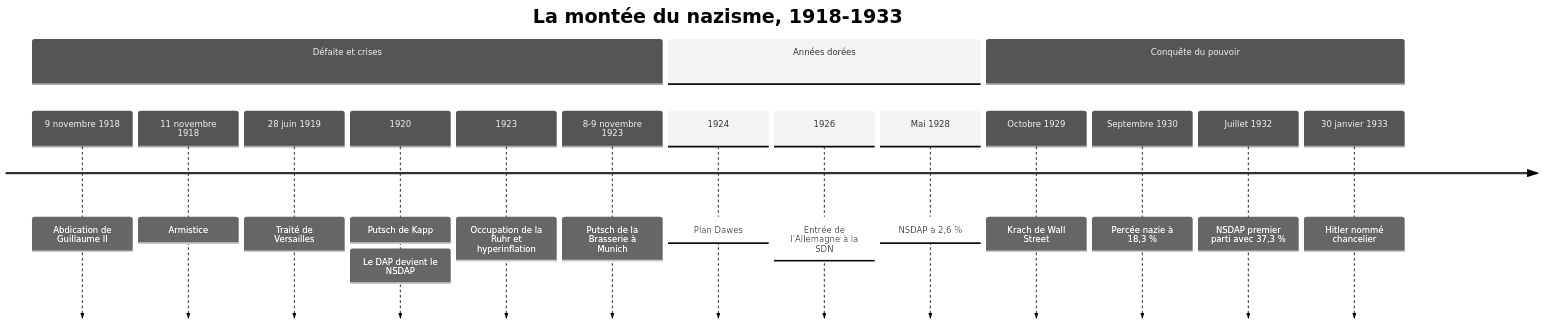
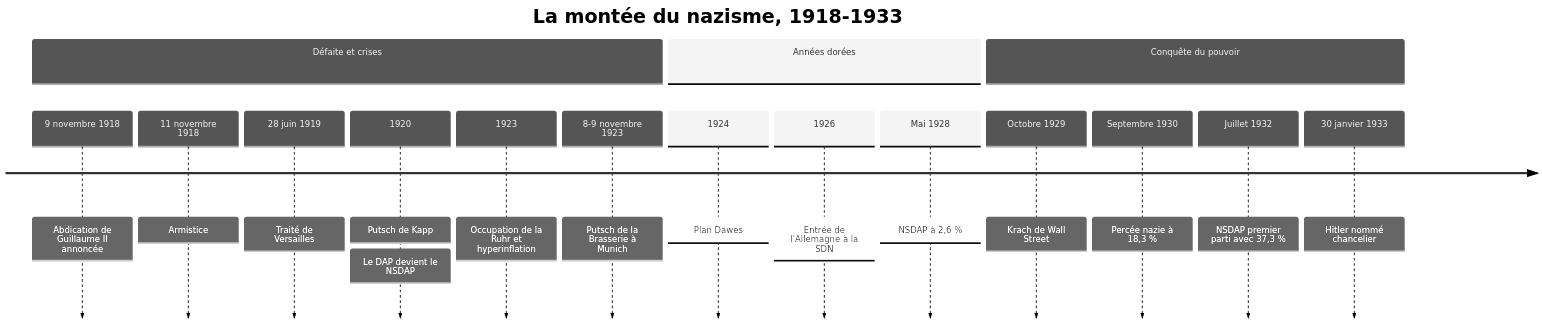
One commit to rwmicro/pensine changed the diagram in Social Sciences/History/WW2/Montée du nazisme.md. Above: the diagram before and after it, drawn with Mermaid (neutral theme). The commit also changed 9 other files, not shown here.

````diff
--- a/Social Sciences/History/WW2/Montée du nazisme.md
+++ b/Social Sciences/History/WW2/Montée du nazisme.md
@@ -376,20 +376,20 @@
 ```mermaid
 timeline
     title La montée du nazisme, 1918-1933
     section Défaite et crises
-        9 novembre 1918 : Abdication de Guillaume II
+        9 novembre 1918 : Abdication de Guillaume II annoncée
         11 novembre 1918 : Armistice
         28 juin 1919 : Traité de Versailles
         1920 : Putsch de Kapp : Le DAP devient le NSDAP
         1923 : Occupation de la Ruhr et hyperinflation
         8-9 novembre 1923 : Putsch de la Brasserie à Munich
     section Années dorées
         1924 : Plan Dawes
         1926 : Entrée de l'Allemagne à la SDN
         Mai 1928 : NSDAP à 2,6 %
     section Conquête du pouvoir
         Octobre 1929 : Krach de Wall Street
         Septembre 1930 : Percée nazie à 18,3 %
         Juillet 1932 : NSDAP premier parti avec 37,3 %
         30 janvier 1933 : Hitler nommé chancelier
 ```
````
